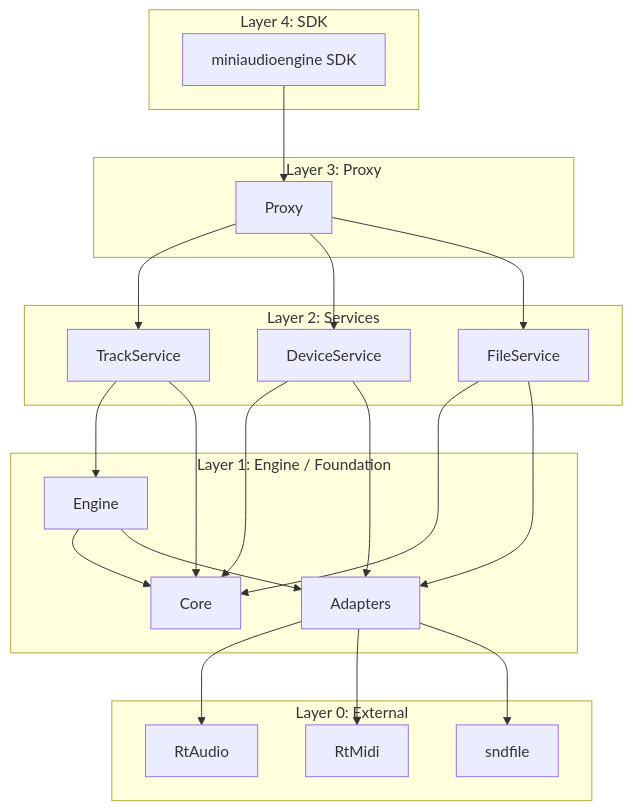
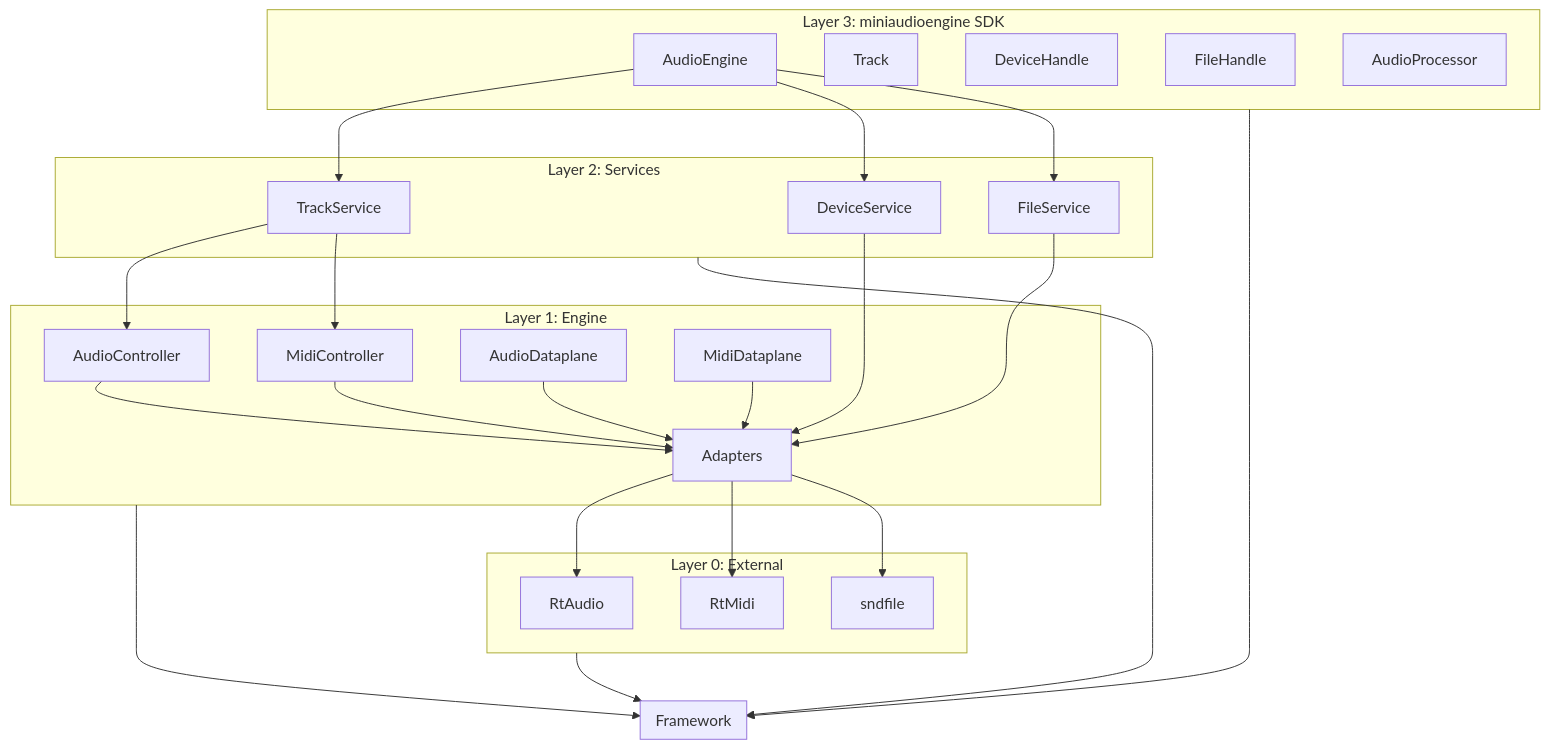
The ninth of 29 diagrams in docs/DESIGN_DOC.md (aidan-clyens/miniaudioengine), drawn with Mermaid before and after one commit. The commit also changed other lines of this file and 9 other files, not shown here.

````diff
--- a/docs/DESIGN_DOC.md
+++ b/docs/DESIGN_DOC.md
@@ -366,50 +284,57 @@
 ```mermaid
 graph TD
-    subgraph Layer4["Layer 4: SDK"]
-        SDK["miniaudioengine SDK"]
-    end
-
-    subgraph Layer3["Layer 3: Proxy"]
-        Proxy
+    subgraph Layer3["Layer 3: miniaudioengine SDK"]
+        AudioEngine
+        Track
+        DeviceHandle
+        FileHandle
+        AudioProcessor
     end
 
     subgraph Layer2["Layer 2: Services"]
         TrackService
         DeviceService
         FileService
     end
 
-    subgraph Layer1["Layer 1: Engine / Foundation"]
-        Engine
-        Core
+    subgraph Layer1["Layer 1: Engine"]
+        AudioController
+        MidiController
+        AudioDataplane
+        MidiDataplane
         Adapters
     end
 
     subgraph Layer0["Layer 0: External"]
         RtAudio
         RtMidi
         sndfile
     end
 
-    SDK --> Proxy
+    subgraph Framework
+    end
 
-    Proxy --> TrackService
-    Proxy --> DeviceService
-    Proxy --> FileService
+    AudioEngine --> TrackService
+    AudioEngine --> DeviceService
+    AudioEngine --> FileService
 
-    TrackService --> Engine
-    TrackService --> Core
+    TrackService --> AudioController
+    TrackService --> MidiController
 
-    DeviceService --> Core
     DeviceService --> Adapters
-
-    FileService --> Core
     FileService --> Adapters
 
-    Engine --> Core
-    Engine --> Adapters
+    AudioController --> Adapters
+    MidiController --> Adapters
+    AudioDataplane --> Adapters
+    MidiDataplane --> Adapters
 
     Adapters --> RtAudio
     Adapters --> RtMidi
     Adapters --> sndfile
+
+    Layer3 --> Framework
+    Layer2 --> Framework
+    Layer1 --> Framework
+    Layer0 --> Framework
 ```
````
